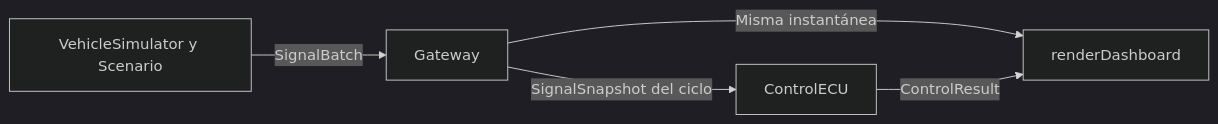
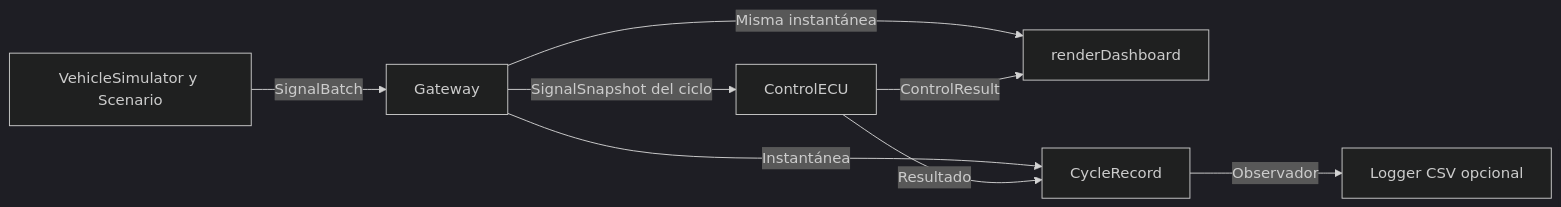
The diagram in README.md (EbguenyPJ/vehicle-ecu-simulator), drawn with Mermaid (dark theme) before and after one commit. The commit also changed other lines of this file and 15 other files, not shown here.

````diff
--- a/README.md
+++ b/README.md
@@ -36,7 +39,10 @@
 ```mermaid
 flowchart LR
     S[VehicleSimulator y Scenario] -->|SignalBatch| G[Gateway]
     G -->|SignalSnapshot del ciclo| C[ControlECU]
     G -->|Misma instantánea| D[renderDashboard]
     C -->|ControlResult| D
+    G -->|Instantánea| R[CycleRecord]
+    C -->|Resultado| R
+    R -->|Observador| L[Logger CSV opcional]
 ```
````
